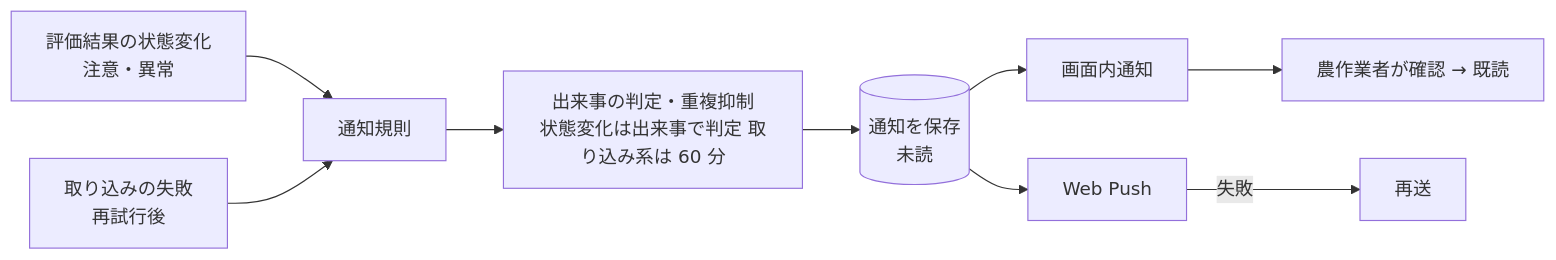
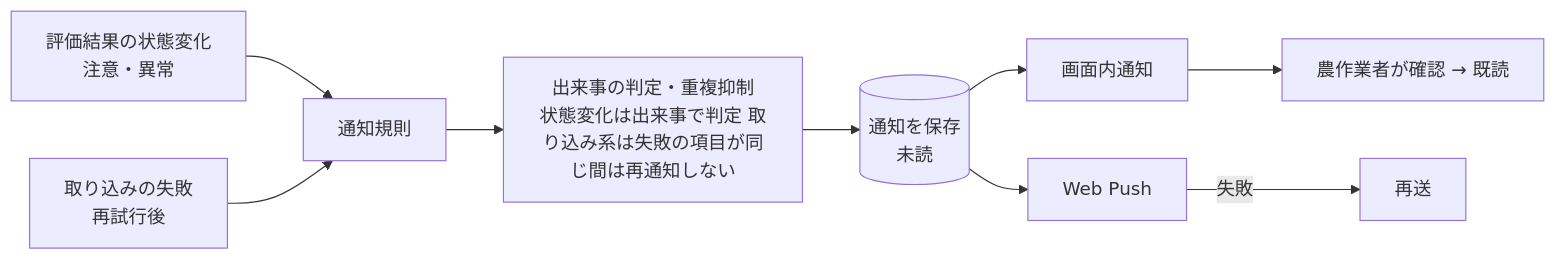
One commit to NS-APU/smart-farm-monitoring changed the fifth of 6 diagrams in docs/10_design/data/data-flow.md. Above: the diagram before and after it, drawn with Mermaid. The commit also changed 10 other files, not shown here.

````diff
--- a/docs/10_design/data/data-flow.md
+++ b/docs/10_design/data/data-flow.md
@@ -117,11 +117,11 @@
 ```mermaid
 flowchart LR
   EV[評価結果の状態変化<br>注意・異常] --> RULE[通知規則]
   FAIL[取り込みの失敗<br>再試行後] --> RULE
-  RULE --> DED[出来事の判定・重複抑制<br>状態変化は出来事で判定 取り込み系は 60 分]
+  RULE --> DED[出来事の判定・重複抑制<br>状態変化は出来事で判定 取り込み系は失敗の項目が同じ間は再通知しない]
   DED --> NS[(通知を保存<br>未読)]
   NS --> N1[画面内通知]
   NS --> N2[Web Push]
   N2 -->|失敗| RE[再送]
   N1 --> READ[農作業者が確認 → 既読]
 ```
````
